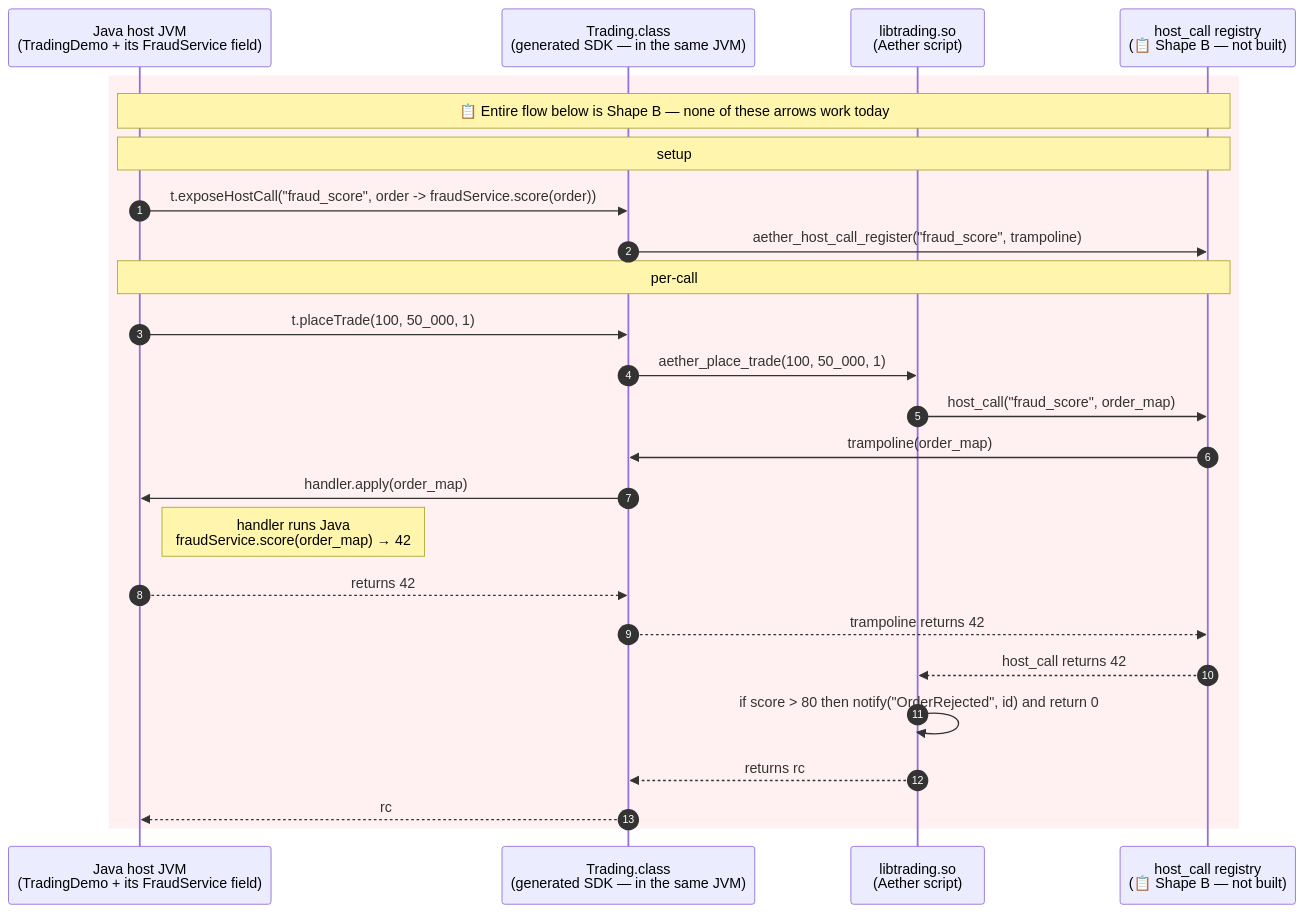
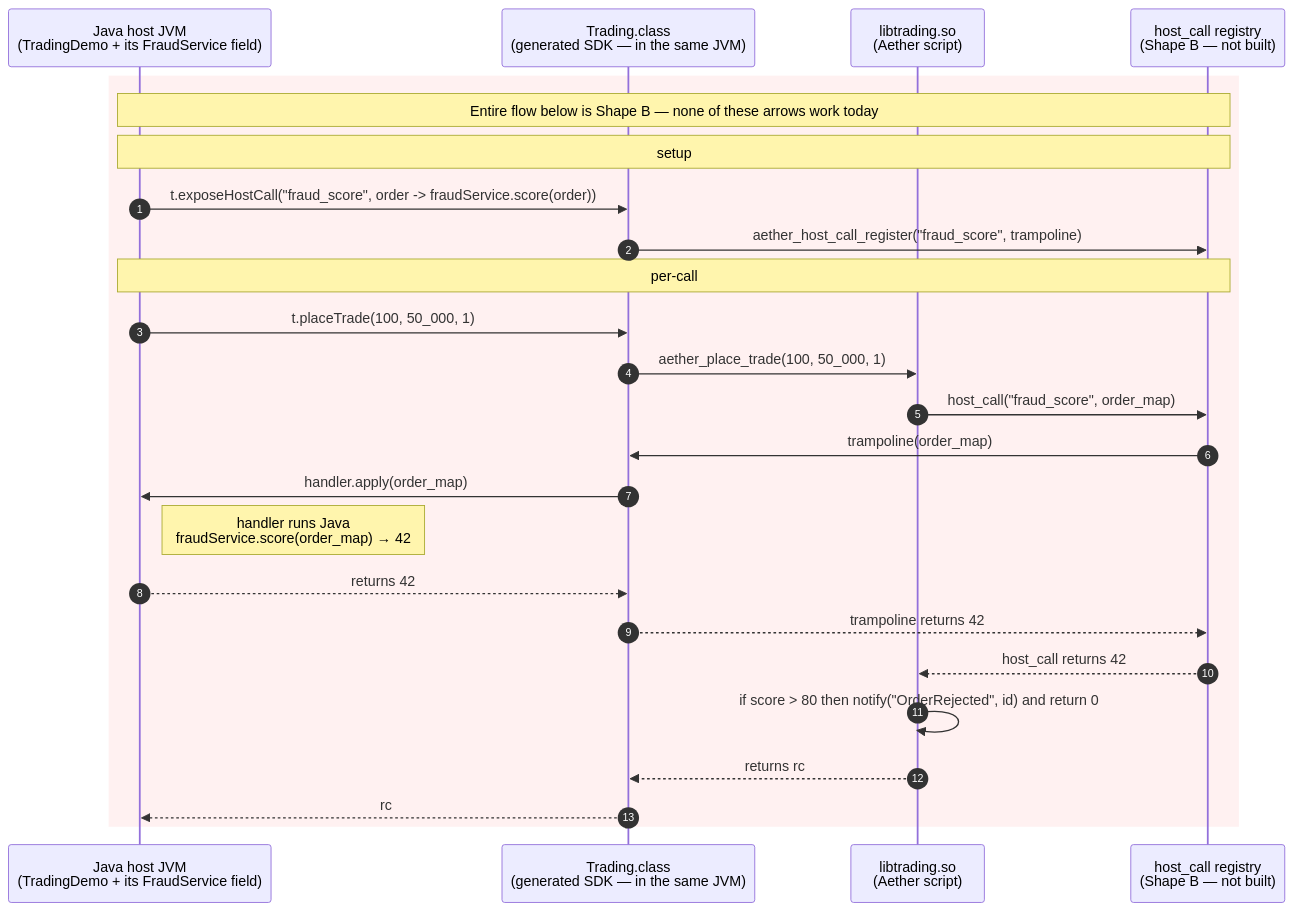
Before and after one commit to aether-lang-org/aether: the second of 2 diagrams in docs/embedded-namespaces-and-host-bindings.md, drawn with Mermaid. The commit also changed other lines of this file and 54 other files, not shown here.

````diff
--- a/docs/embedded-namespaces-and-host-bindings.md
+++ b/docs/embedded-namespaces-and-host-bindings.md
@@ -438,29 +444,29 @@
 ```mermaid
 sequenceDiagram
     autonumber
     participant Host as Java host JVM<br/>(TradingDemo + its FraudService field)
     participant SDK as Trading.class<br/>(generated SDK — in the same JVM)
     participant Lib as libtrading.so<br/>(Aether script)
-    participant HReg as host_call registry<br/>(📋 Shape B — not built)
+    participant HReg as host_call registry<br/>(Shape B — not built)
 
     rect rgba(255, 220, 220, 0.4)
-    Note over Host,HReg: 📋 Entire flow below is Shape B — none of these arrows work today
+    Note over Host,HReg: Entire flow below is Shape B — none of these arrows work today
     Note over Host,HReg: setup
     Host->>SDK: t.exposeHostCall("fraud_score", order -> fraudService.score(order))
     SDK->>HReg: aether_host_call_register("fraud_score", trampoline)
 
     Note over Host,HReg: per-call
     Host->>SDK: t.placeTrade(100, 50_000, 1)
     SDK->>Lib: aether_place_trade(100, 50_000, 1)
     Lib->>HReg: host_call("fraud_score", order_map)
     HReg->>SDK: trampoline(order_map)
     SDK->>Host: handler.apply(order_map)
     Note right of Host: handler runs Java<br/>fraudService.score(order_map) → 42
     Host-->>SDK: returns 42
     SDK-->>HReg: trampoline returns 42
     HReg-->>Lib: host_call returns 42
     Lib->>Lib: if score > 80 then notify("OrderRejected", id) and return 0
     Lib-->>SDK: returns rc
     SDK-->>Host: rc
     end
 ```
````
